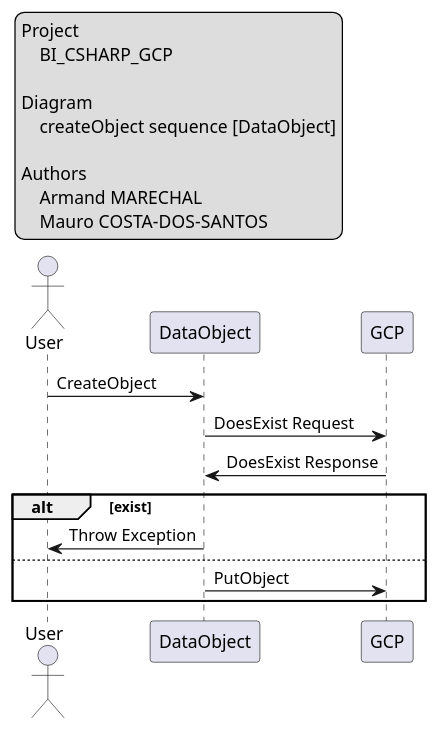
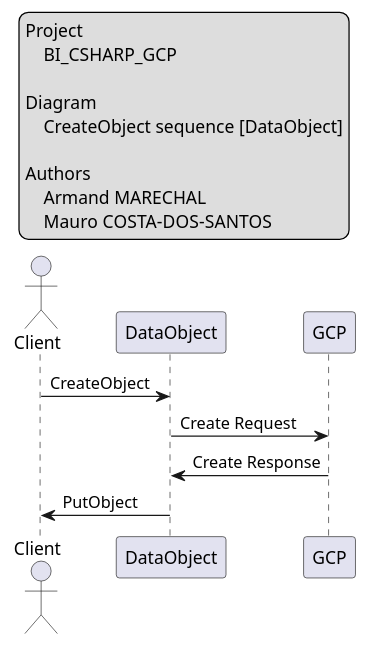
The diagram in doc/sequences/create.puml (CPNV-ES-BI/BI_CSHARP_GCP), drawn with PlantUML before and after one commit.

Commit message:
Remove collision check

```diff
--- a/doc/sequences/create.puml
+++ b/doc/sequences/create.puml
@@ -1,30 +1,25 @@
-@startuml DataObject_Create
+@startuml CreateObject
 
 legend top left
     Project
         BI_CSHARP_GCP
 
     Diagram
-        createObject sequence [DataObject]
+        CreateObject sequence [DataObject]
 
     Authors
         Armand MARECHAL
         Mauro COSTA-DOS-SANTOS 
 endlegend
 
-actor User
+actor Client
 
 participant "DataObject" as App
 participant "GCP" as GCP
 
-User -> App: CreateObject
-App -> GCP: DoesExist Request
-GCP -> App: DoesExist Response
-
-alt exist
-    App -> User: Throw Exception
-else
-    App -> GCP: PutObject
-end
+Client -> App: CreateObject
+App -> GCP: Create Request
+GCP -> App: Create Response
+App -> Client: PutObject
 
 @enduml
```
